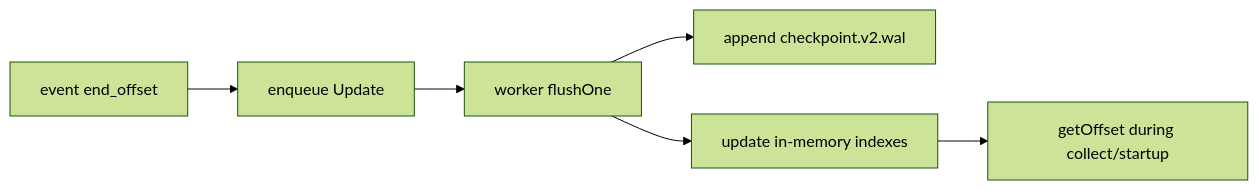
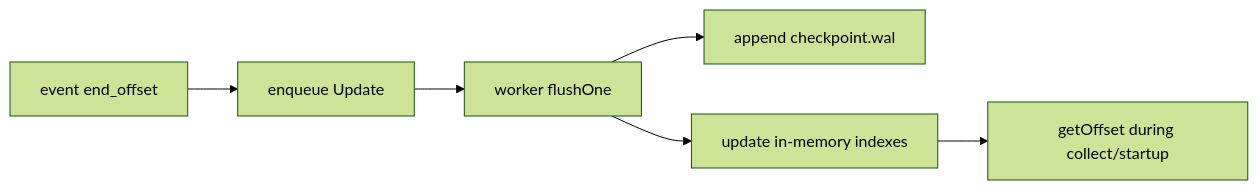
One commit to usetero/edge changed the seventh of 7 diagrams in src/tail/README.md. Above: the diagram before and after it, drawn with Mermaid (forest theme). The commit also changed other lines of this file and 12 other files, not shown here.

````diff
--- a/src/tail/README.md
+++ b/src/tail/README.md
@@ -135,8 +135,8 @@
 ```mermaid
 flowchart LR
   A[event end_offset] --> B[enqueue Update]
   B --> C[worker flushOne]
-  C --> D[append checkpoint.v2.wal]
+  C --> D[append checkpoint.wal]
   C --> E[update in-memory indexes]
   E --> F[getOffset during collect/startup]
 ```
````
